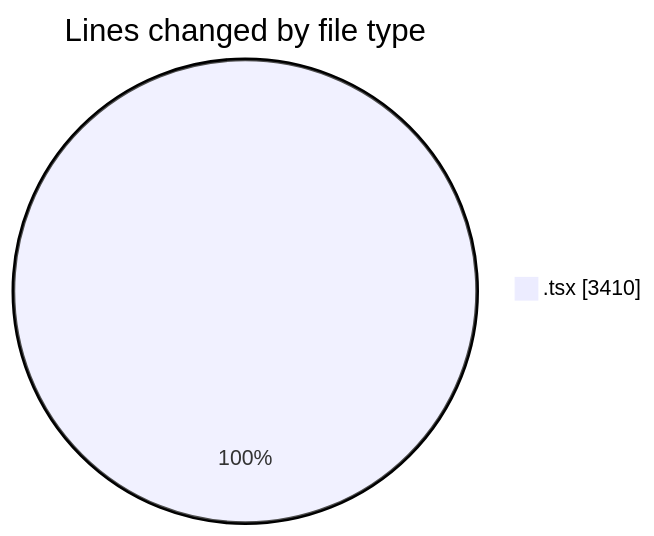
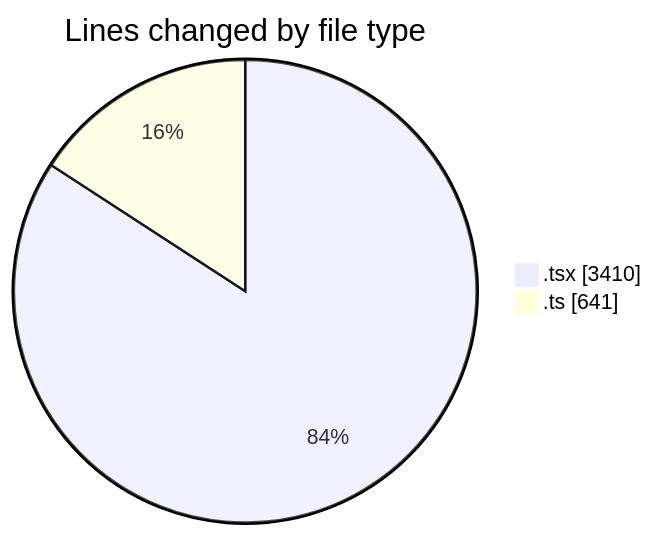
Before and after one commit to nxtqubesakshisongat/code-tracking: the first of 2 diagrams in 2026-06-08/nxtqube_webapp/README.md, drawn with Mermaid. The commit also changed other lines of this file and 1 other file, not shown here.

````diff
--- a/2026-06-08/nxtqube_webapp/README.md
+++ b/2026-06-08/nxtqube_webapp/README.md
@@ -24,5 +25,6 @@
 ```mermaid
 pie showData
 title Lines changed by file type
 ".tsx" : 3410
+".ts" : 641
 ```
````
